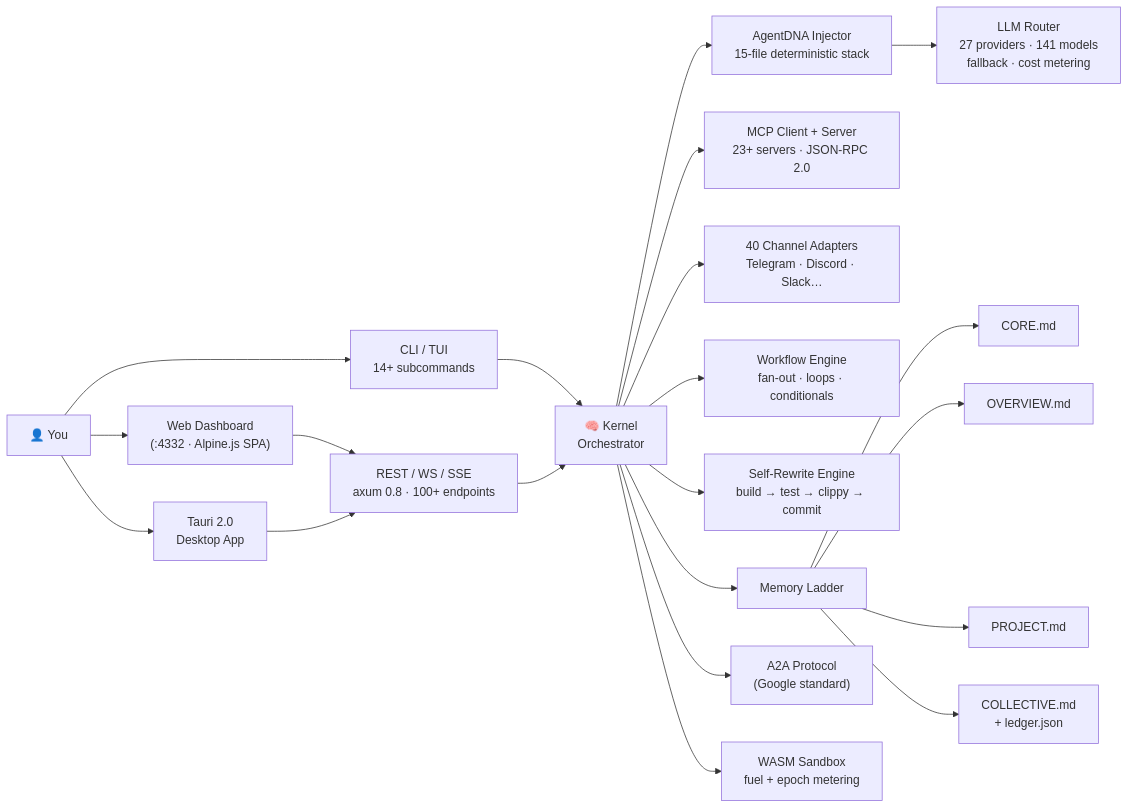
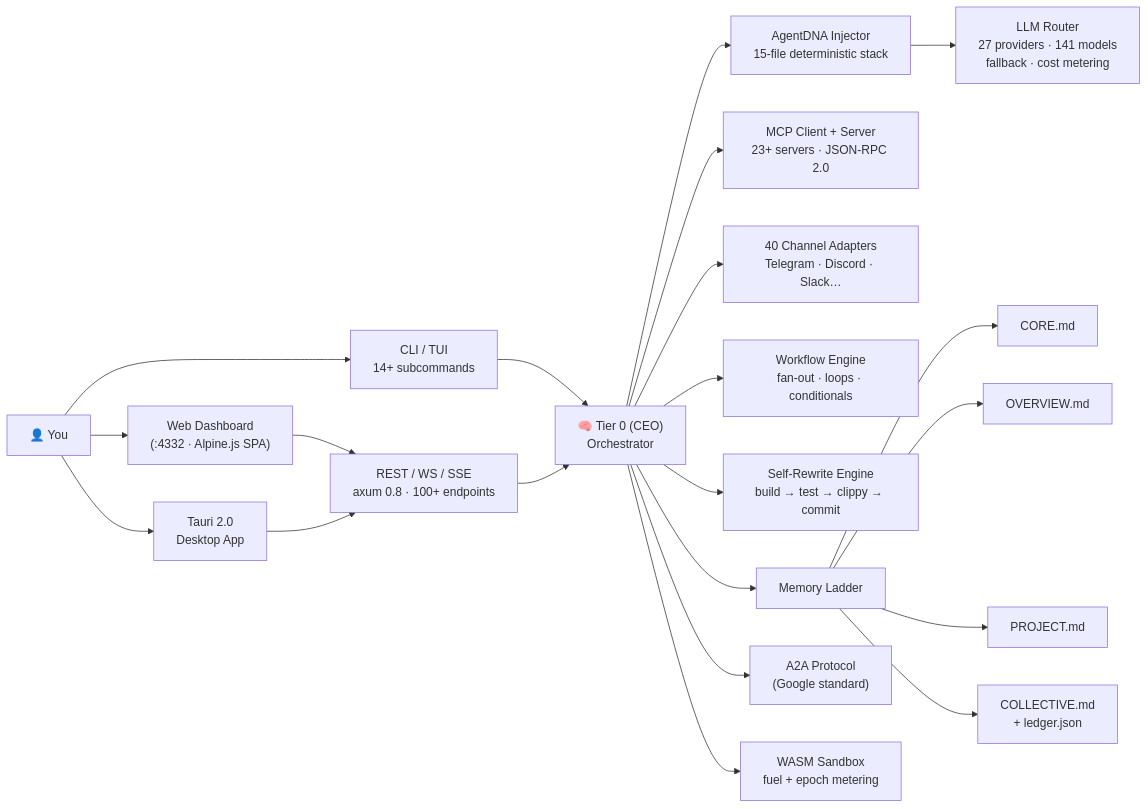
The first of 3 diagrams in README.md (tradewife/clawreform), drawn with Mermaid before and after one commit. The commit also changed other lines of this file and 17 other files, not shown here.

````diff
--- a/README.md
+++ b/README.md
@@ -326,23 +327,23 @@
 ```mermaid
 flowchart LR
     U["👤 You"] --> CLI["CLI / TUI\n14+ subcommands"]
     U --> WEB["Web Dashboard\n(:4332 · Alpine.js SPA)"]
     U --> DESK["Tauri 2.0\nDesktop App"]
     WEB --> API["REST / WS / SSE\naxum 0.8 · 100+ endpoints"]
     DESK --> API
-    CLI --> K["🧠 Kernel\nOrchestrator"]
+    CLI --> K["🧠 Tier 0 (CEO)\nOrchestrator"]
     API --> K
     K --> DNA["AgentDNA Injector\n15-file deterministic stack"]
     DNA --> LLM["LLM Router\n27 providers · 141 models\nfallback · cost metering"]
     K --> MCP["MCP Client + Server\n23+ servers · JSON-RPC 2.0"]
     K --> CH["40 Channel Adapters\nTelegram · Discord · Slack…"]
     K --> WF["Workflow Engine\nfan-out · loops · conditionals"]
     K --> SM["Self-Rewrite Engine\nbuild → test → clippy → commit"]
     K --> MEM["Memory Ladder"]
     K --> A2A["A2A Protocol\n(Google standard)"]
     K --> WASM["WASM Sandbox\nfuel + epoch metering"]
     MEM --> C1["CORE.md"]
     MEM --> C2["OVERVIEW.md"]
     MEM --> C3["PROJECT.md"]
     MEM --> C4["COLLECTIVE.md\n+ ledger.json"]
 ```
````
